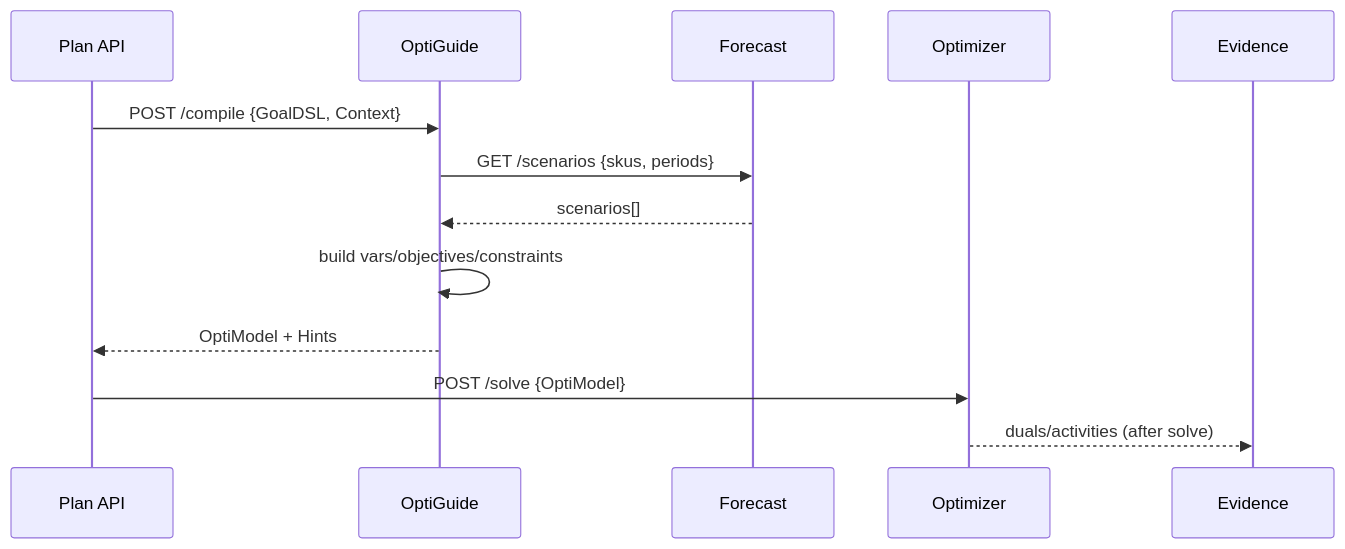
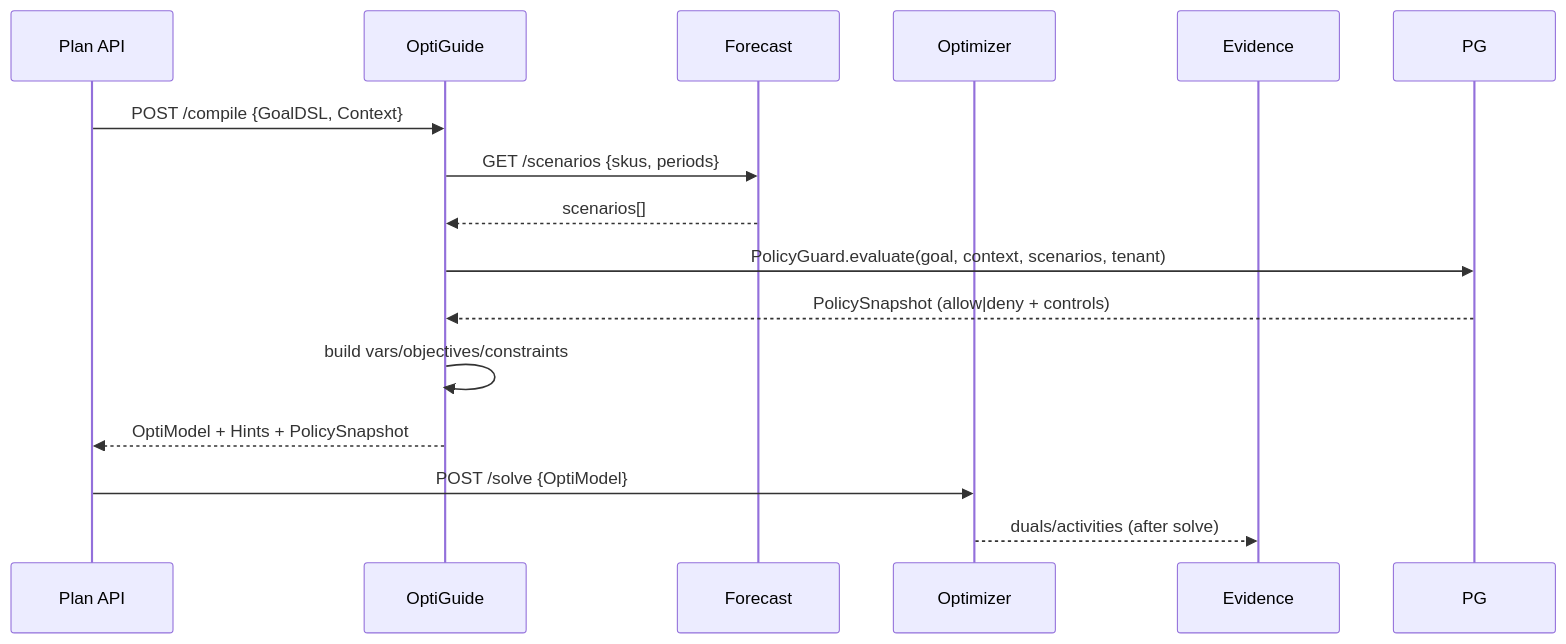
Before and after one commit to balureddy003/dyocense: the second of 2 diagrams in kernel/optiguide/DESIGN.md, drawn with Mermaid. The commit also changed other lines of this file and 44 other files, not shown here.

````diff
--- a/kernel/optiguide/DESIGN.md
+++ b/kernel/optiguide/DESIGN.md
@@ -80,15 +83,17 @@
 ```mermaid
 sequenceDiagram
   participant API as Plan API
   participant OG as OptiGuide
   participant FC as Forecast
   participant OP as Optimizer
   participant EG as Evidence
   API->>OG: POST /compile {GoalDSL, Context}
   OG->>FC: GET /scenarios {skus, periods}
   FC-->>OG: scenarios[]
+  OG->>PG: PolicyGuard.evaluate(goal, context, scenarios, tenant)
+  PG-->>OG: PolicySnapshot (allow|deny + controls)
   OG->>OG: build vars/objectives/constraints
-  OG-->>API: OptiModel + Hints
+  OG-->>API: OptiModel + Hints + PolicySnapshot
   API->>OP: POST /solve {OptiModel}
   OP-->>EG: duals/activities (after solve)
 ```
````
